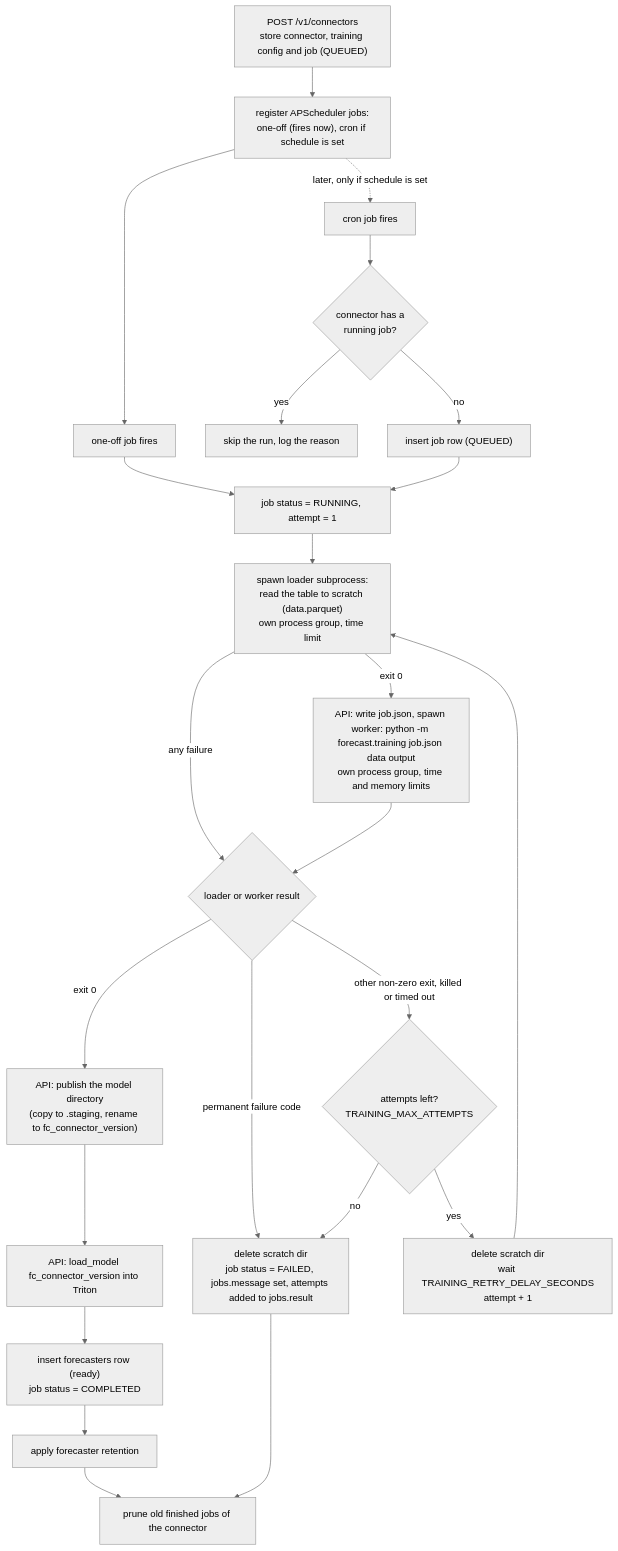
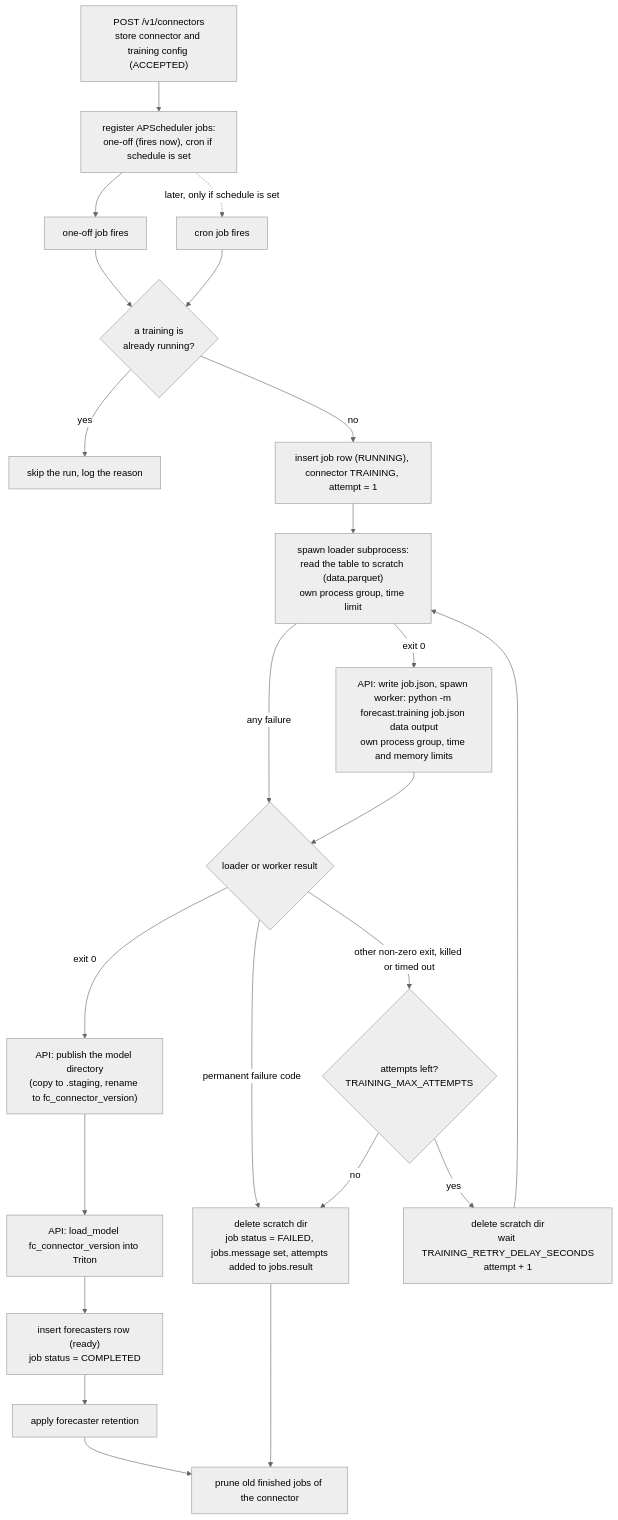
The first of 4 diagrams in docs/proposals/forecast_service_proposal.md (IBM/project-ai-services), drawn with Mermaid (neutral theme) before and after one commit. The commit also changed other lines of this file and 7 other files, not shown here.

````diff
--- a/docs/proposals/forecast_service_proposal.md
+++ b/docs/proposals/forecast_service_proposal.md
@@ -108,30 +108,28 @@
 ```mermaid
 flowchart TD
-    POST["POST /v1/connectors<br/>store connector, training config and job (QUEUED)"] --> REG["register APScheduler jobs:<br/>one-off (fires now), cron if schedule is set"]
+    POST["POST /v1/connectors<br/>store connector and training config (ACCEPTED)"] --> REG["register APScheduler jobs:<br/>one-off (fires now), cron if schedule is set"]
     REG --> ONE["one-off job fires"]
     REG -.->|"later, only if schedule is set"| CRON["cron job fires"]
 
-    CRON --> ACTIVE{"connector has a<br/>running job?"}
+    ONE --> ACTIVE
+    CRON --> ACTIVE{"a training is<br/>already running?"}
     ACTIVE -- yes --> SKIP["skip the run, log the reason"]
-    ACTIVE -- no --> INS["insert job row (QUEUED)"]
-
-    ONE --> RUN
-    INS --> RUN["job status = RUNNING, attempt = 1"]
+    ACTIVE -- no --> RUN["insert job row (RUNNING), connector TRAINING, attempt = 1"]
     RUN --> READ["spawn loader subprocess:<br/>read the table to scratch (data.parquet)<br/>own process group, time limit"]
     READ -- "exit 0" --> SPAWN["API: write job.json, spawn worker: python -m forecast.training job.json data output<br/>own process group, time and memory limits"]
     READ -- "any failure" --> EXIT
     SPAWN --> EXIT{"loader or worker result"}
 
     EXIT -- "exit 0" --> PUB["API: publish the model directory<br/>(copy to .staging, rename to fc_connector_version)"]
     PUB --> LOAD["API: load_model fc_connector_version into Triton"]
     LOAD --> REC["insert forecasters row (ready)<br/>job status = COMPLETED"]
     REC --> RET["apply forecaster retention"]
     RET --> PRUNE
 
     EXIT -- "permanent failure code" --> FAIL
     EXIT -- "other non-zero exit, killed or timed out" --> MORE{"attempts left?<br/>TRAINING_MAX_ATTEMPTS"}
     MORE -- yes --> WAIT["delete scratch dir<br/>wait TRAINING_RETRY_DELAY_SECONDS<br/>attempt + 1"]
     WAIT --> READ
     MORE -- no --> FAIL["delete scratch dir<br/>job status = FAILED, jobs.message set, attempts added to jobs.result"]
     FAIL --> PRUNE["prune old finished jobs of the connector"]
 ```
````
